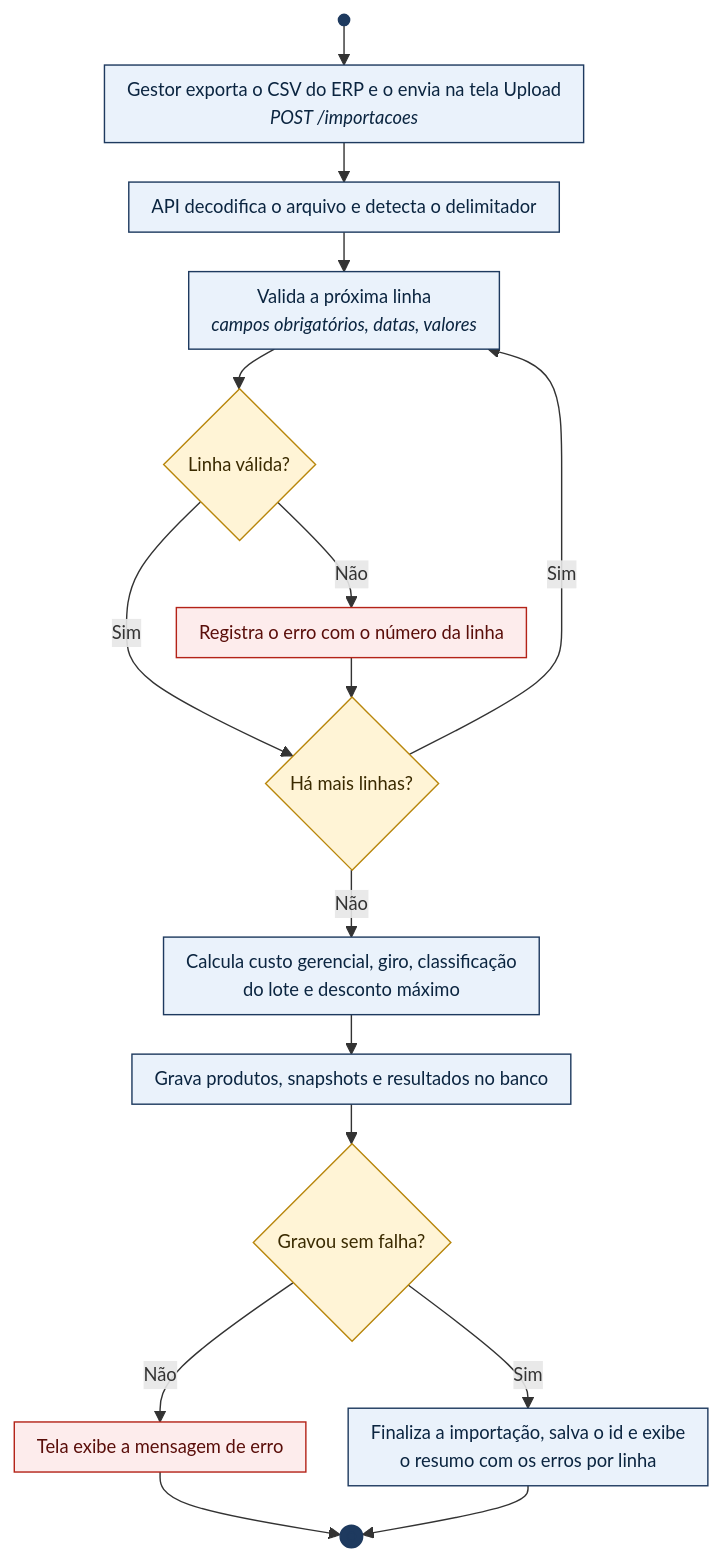
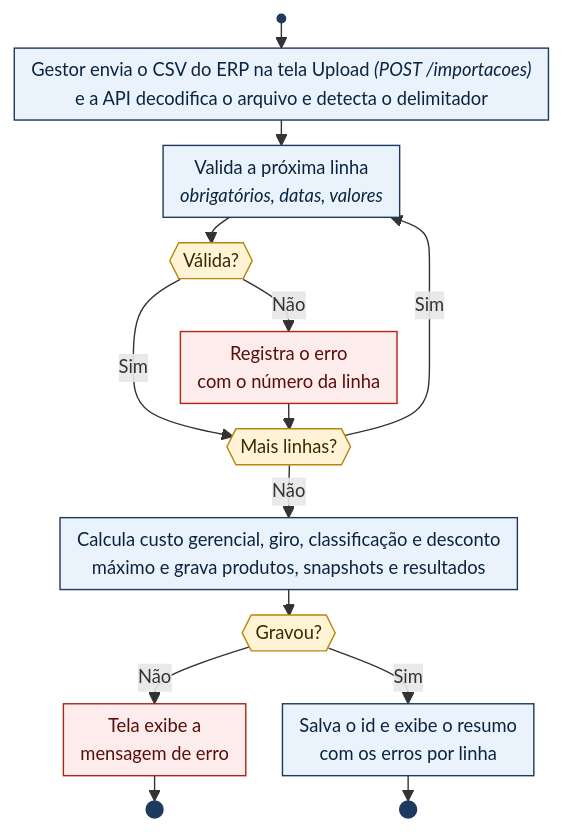
The first of 7 diagrams in README.md (weillerjulia/StockWise), drawn with Mermaid before and after one commit. The commit also changed other lines of this file, not shown here.

````diff
--- a/README.md
+++ b/README.md
@@ -222,28 +225,24 @@
 ```mermaid
-%%{init: {"themeVariables": {"fontSize": "13px"}, "flowchart": {"wrappingWidth": 400, "rankSpacing": 28, "nodeSpacing": 30, "padding": 8}}}%%
+%%{init: {"themeVariables": {"fontSize": "13px"}, "flowchart": {"wrappingWidth": 400, "rankSpacing": 18, "nodeSpacing": 26, "padding": 6}}}%%
 flowchart TD
-    inicio(( )) --> a1["Gestor exporta o CSV do ERP e o envia na tela Upload<br/><i>POST /importacoes</i>"]
-    a1 --> a2["API decodifica o arquivo e detecta o delimitador"]
-    a2 --> a3["Valida a próxima linha<br/><i>campos obrigatórios, datas, valores</i>"]
-    a3 --> d1{"Linha válida?"}
-    d1 -- Não --> a4["Registra o erro com o número da linha"]
-    d1 -- Sim --> d2{"Há mais linhas?"}
+    inicio(( )) --> a1["Gestor envia o CSV do ERP na tela Upload <i>(POST /importacoes)</i><br/>e a API decodifica o arquivo e detecta o delimitador"]
+    a1 --> a3["Valida a próxima linha<br/><i>obrigatórios, datas, valores</i>"]
+    a3 --> d1{{"Válida?"}}
+    d1 -- Não --> a4["Registra o erro<br/>com o número da linha"]
+    d1 -- Sim --> d2{{"Mais linhas?"}}
     a4 --> d2
     d2 -- Sim --> a3
-    d2 -- Não --> a5["Calcula custo gerencial, giro, classificação<br/>do lote e desconto máximo"]
-    a5 --> a6["Grava produtos, snapshots e resultados no banco"]
-    a6 --> d3{"Gravou sem falha?"}
-    d3 -- Não --> a7["Tela exibe a mensagem de erro"]
-    d3 -- Sim --> a8["Finaliza a importação, salva o id e exibe<br/>o resumo com os erros por linha"]
-    a7 --> fim((( )))
-    a8 --> fim
+    d2 -- Não --> a5["Calcula custo gerencial, giro, classificação e desconto<br/>máximo e grava produtos, snapshots e resultados"]
+    a5 --> d3{{"Gravou?"}}
+    d3 -- Não --> a7["Tela exibe a<br/>mensagem de erro"] --> fim2((( )))
+    d3 -- Sim --> a8["Salva o id e exibe o resumo<br/>com os erros por linha"] --> fim((( )))
 
     classDef marco fill:#1E3A5F,stroke:#1E3A5F
     classDef decisao fill:#FFF4D6,stroke:#B8860B,color:#3A2A00
     classDef acao fill:#EAF2FB,stroke:#1E3A5F,color:#0B2540
     classDef erro fill:#FDECEC,stroke:#B42318,color:#5A0E0A
-    class inicio,fim marco
+    class inicio,fim,fim2 marco
     class d1,d2,d3 decisao
-    class a1,a2,a3,a5,a6,a8 acao
+    class a1,a3,a5,a8 acao
     class a4,a7 erro
 ```
````
